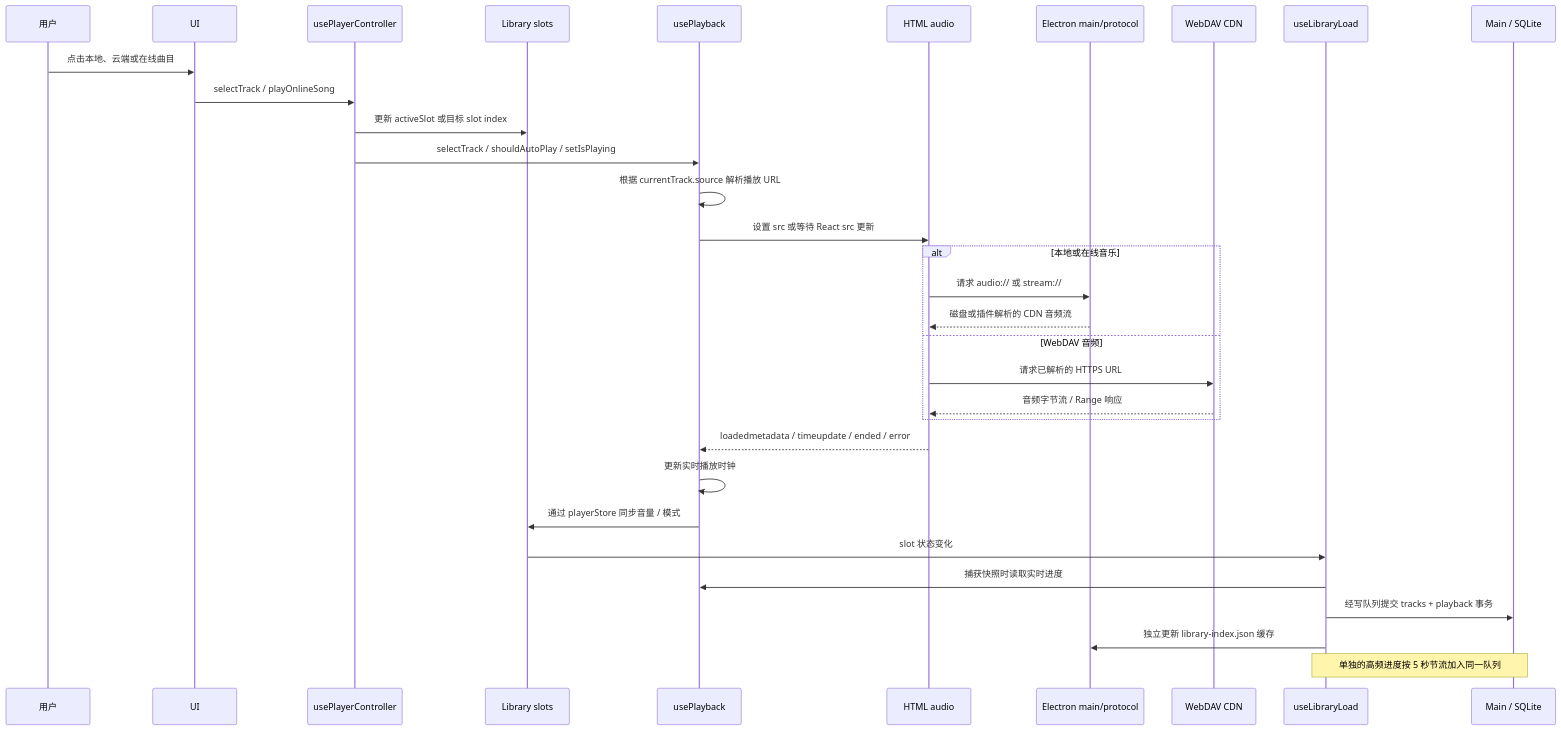
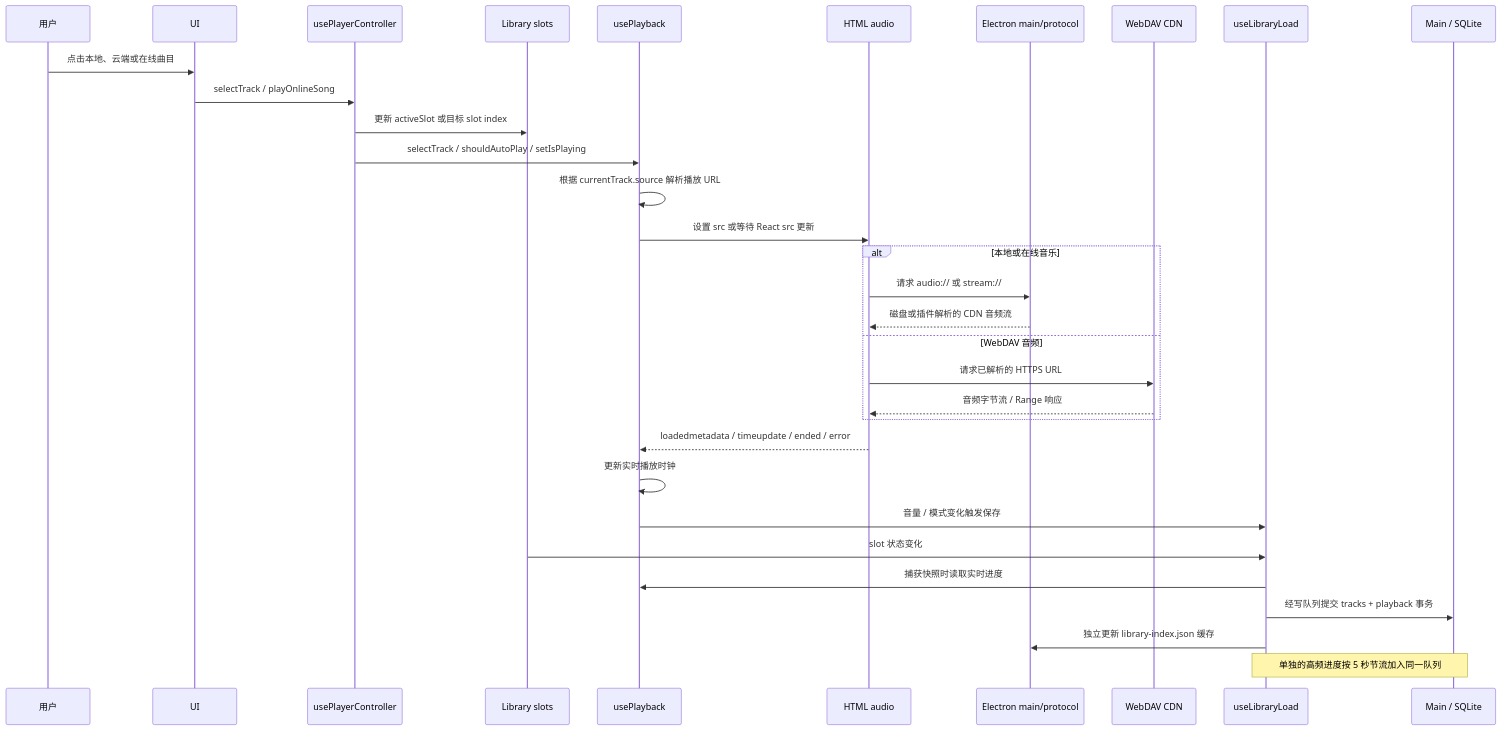
The diagram in docs/architecture/playback-flow.md (xwsjjctz/LyricsAdapter), drawn with Mermaid before and after one commit. The commit also changed other lines of this file and 23 other files, not shown here.

````diff
--- a/docs/architecture/playback-flow.md
+++ b/docs/architecture/playback-flow.md
@@ -21,35 +21,35 @@
 ```mermaid
 sequenceDiagram
   participant U as 用户
   participant UI as UI
   participant C as usePlayerController
   participant LS as Library slots
   participant P as usePlayback
   participant Audio as HTML audio
   participant Main as Electron main/protocol
   participant Remote as WebDAV CDN
   participant Store as useLibraryLoad
   participant DB as Main / SQLite
 
   U->>UI: 点击本地、云端或在线曲目
   UI->>C: selectTrack / playOnlineSong
   C->>LS: 更新 activeSlot 或目标 slot index
   C->>P: selectTrack / shouldAutoPlay / setIsPlaying
   P->>P: 根据 currentTrack.source 解析播放 URL
   P->>Audio: 设置 src 或等待 React src 更新
   alt 本地或在线音乐
     Audio->>Main: 请求 audio:// 或 stream://
     Main-->>Audio: 磁盘或插件解析的 CDN 音频流
   else WebDAV 音频
     Audio->>Remote: 请求已解析的 HTTPS URL
     Remote-->>Audio: 音频字节流 / Range 响应
   end
   Audio-->>P: loadedmetadata / timeupdate / ended / error
   P->>P: 更新实时播放时钟
-  P->>LS: 通过 playerStore 同步音量 / 模式
+  P->>Store: 音量 / 模式变化触发保存
   LS->>Store: slot 状态变化
   Store->>P: 捕获快照时读取实时进度
   Store->>DB: 经写队列提交 tracks + playback 事务
   Store->>Main: 独立更新 library-index.json 缓存
   Note over Store,DB: 单独的高频进度按 5 秒节流加入同一队列
 ```
````
